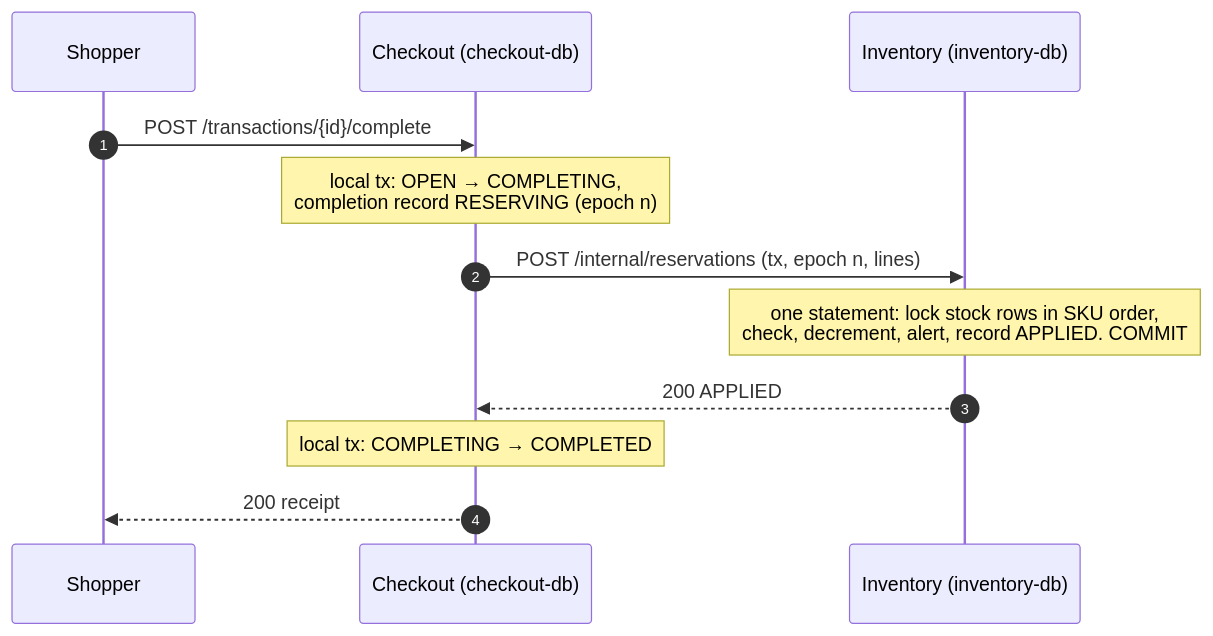
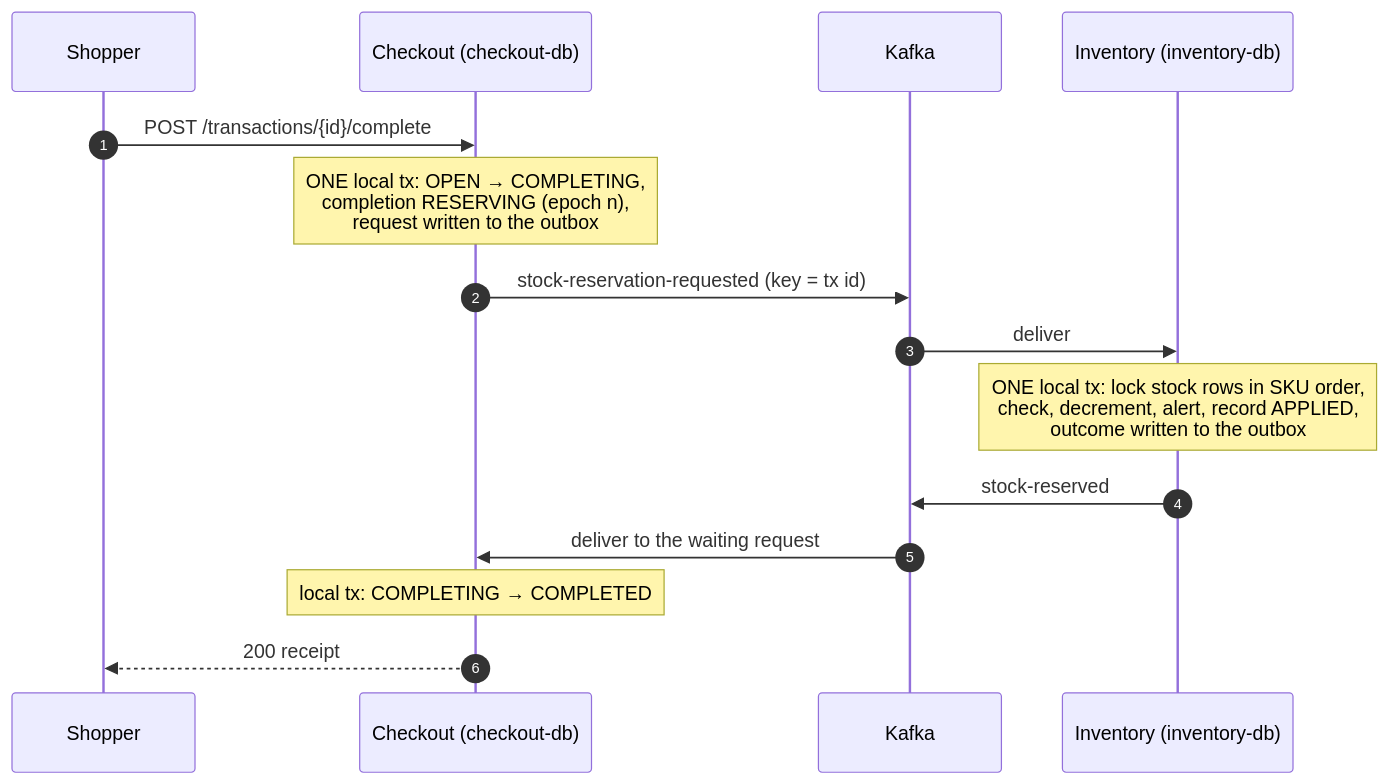
The second of 2 diagrams in backend/README.md (sbnaumann1/CS6510-2026), drawn with Mermaid before and after one commit. The commit also changed other lines of this file and 38 other files, not shown here.

````diff
--- a/backend/README.md
+++ b/backend/README.md
@@ -109,15 +114,18 @@
 ```mermaid
 sequenceDiagram
     autonumber
     participant S as Shopper
     participant C as Checkout (checkout-db)
+    participant K as Kafka
     participant I as Inventory (inventory-db)
 
     S->>C: POST /transactions/{id}/complete
-    Note over C: local tx: OPEN → COMPLETING,<br/>completion record RESERVING (epoch n)
-    C->>I: POST /internal/reservations (tx, epoch n, lines)
-    Note over I: one statement: lock stock rows in SKU order,<br/>check, decrement, alert, record APPLIED. COMMIT
-    I-->>C: 200 APPLIED
+    Note over C: ONE local tx: OPEN → COMPLETING,<br/>completion RESERVING (epoch n),<br/>request written to the outbox
+    C->>K: stock-reservation-requested (key = tx id)
+    K->>I: deliver
+    Note over I: ONE local tx: lock stock rows in SKU order,<br/>check, decrement, alert, record APPLIED,<br/>outcome written to the outbox
+    I->>K: stock-reserved
+    K->>C: deliver to the waiting request
     Note over C: local tx: COMPLETING → COMPLETED
     C-->>S: 200 receipt
 ```
````
